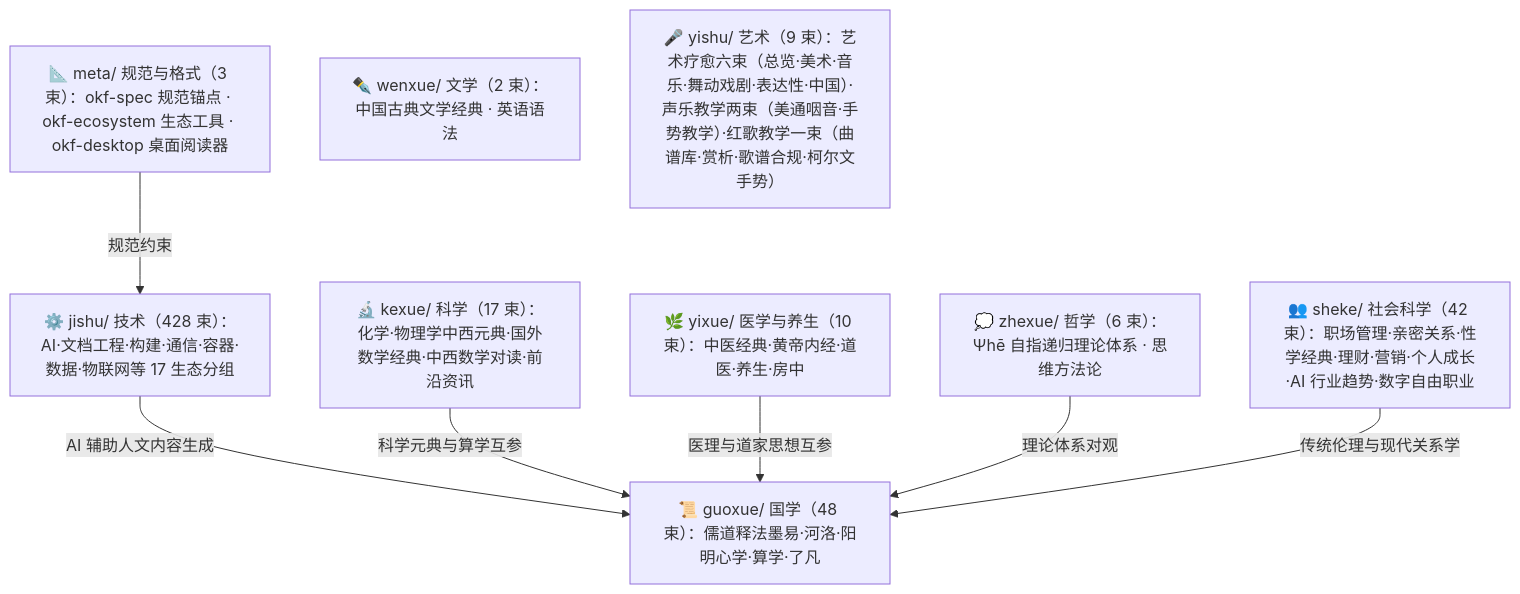
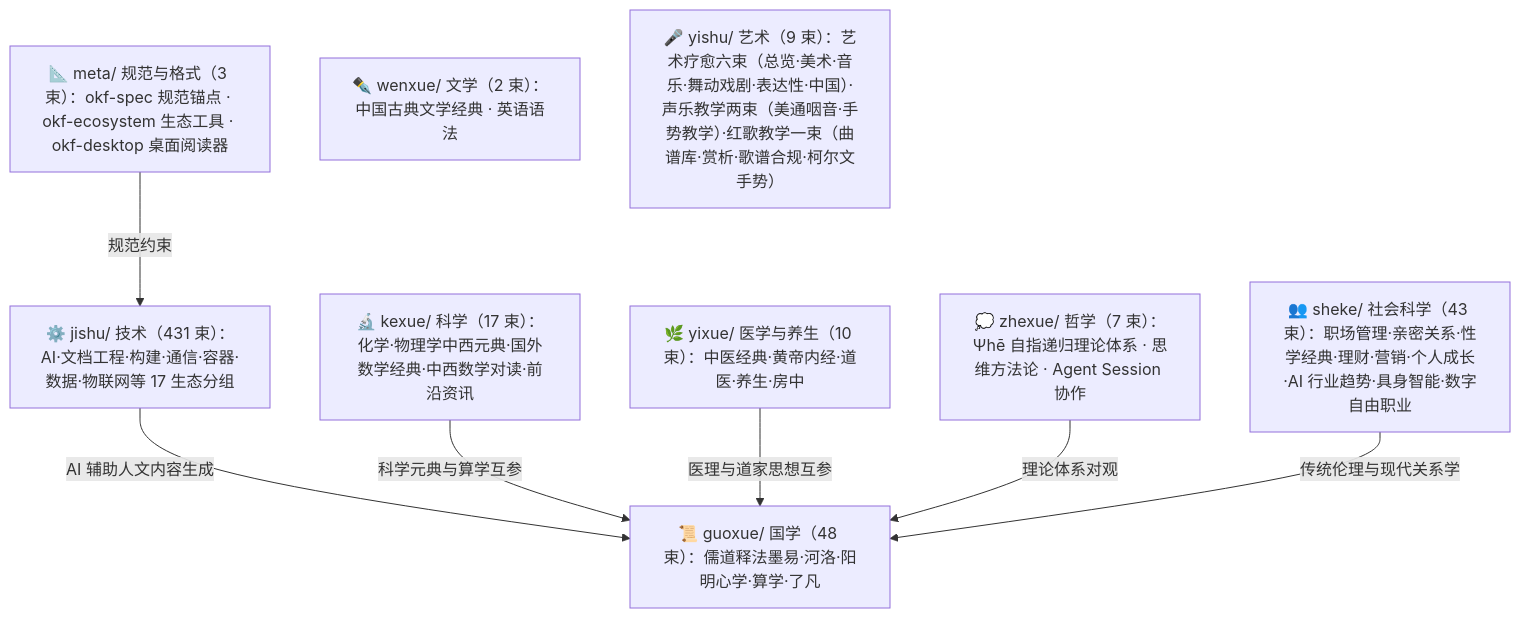
The diagram in doc/bundles/index.md (awesome-flexloop/awesome-okf), drawn with Mermaid before and after one commit. The commit also changed other lines of this file and 53 other files, not shown here.

````diff
--- a/doc/bundles/index.md
+++ b/doc/bundles/index.md
@@ -21,18 +21,18 @@
 ```mermaid
 flowchart TD
     meta["📐 meta/ 规范与格式（3 束）：okf-spec 规范锚点 · okf-ecosystem 生态工具 · okf-desktop 桌面阅读器"]
     guoxue["📜 guoxue/ 国学（48 束）：儒道释法墨易·河洛·阳明心学·算学·了凡"]
-    zhexue["💭 zhexue/ 哲学（6 束）：Ψhē 自指递归理论体系 · 思维方法论"]
+    zhexue["💭 zhexue/ 哲学（7 束）：Ψhē 自指递归理论体系 · 思维方法论 · Agent Session 协作"]
     kexue["🔬 kexue/ 科学（17 束）：化学·物理学中西元典·国外数学经典·中西数学对读·前沿资讯"]
     wenxue["✒️ wenxue/ 文学（2 束）：中国古典文学经典 · 英语语法"]
     yixue["🌿 yixue/ 医学与养生（10 束）：中医经典·黄帝内经·道医·养生·房中"]
-    sheke["👥 sheke/ 社会科学（42 束）：职场管理·亲密关系·性学经典·理财·营销·个人成长·AI 行业趋势·数字自由职业"]
+    sheke["👥 sheke/ 社会科学（43 束）：职场管理·亲密关系·性学经典·理财·营销·个人成长·AI 行业趋势·具身智能·数字自由职业"]
     yishu["🎤 yishu/ 艺术（9 束）：艺术疗愈六束（总览·美术·音乐·舞动戏剧·表达性·中国）·声乐教学两束（美通咽音·手势教学）·红歌教学一束（曲谱库·赏析·歌谱合规·柯尔文手势）"]
-    jishu["⚙️ jishu/ 技术（428 束）：AI·文档工程·构建·通信·容器·数据·物联网等 17 生态分组"]
+    jishu["⚙️ jishu/ 技术（431 束）：AI·文档工程·构建·通信·容器·数据·物联网等 17 生态分组"]
     meta -->|"规范约束"| jishu
     jishu -->|"AI 辅助人文内容生成"| guoxue
     kexue -->|"科学元典与算学互参"| guoxue
     yixue -->|"医理与道家思想互参"| guoxue
     zhexue -->|"理论体系对观"| guoxue
     sheke -->|"传统伦理与现代关系学"| guoxue
 ```
````
